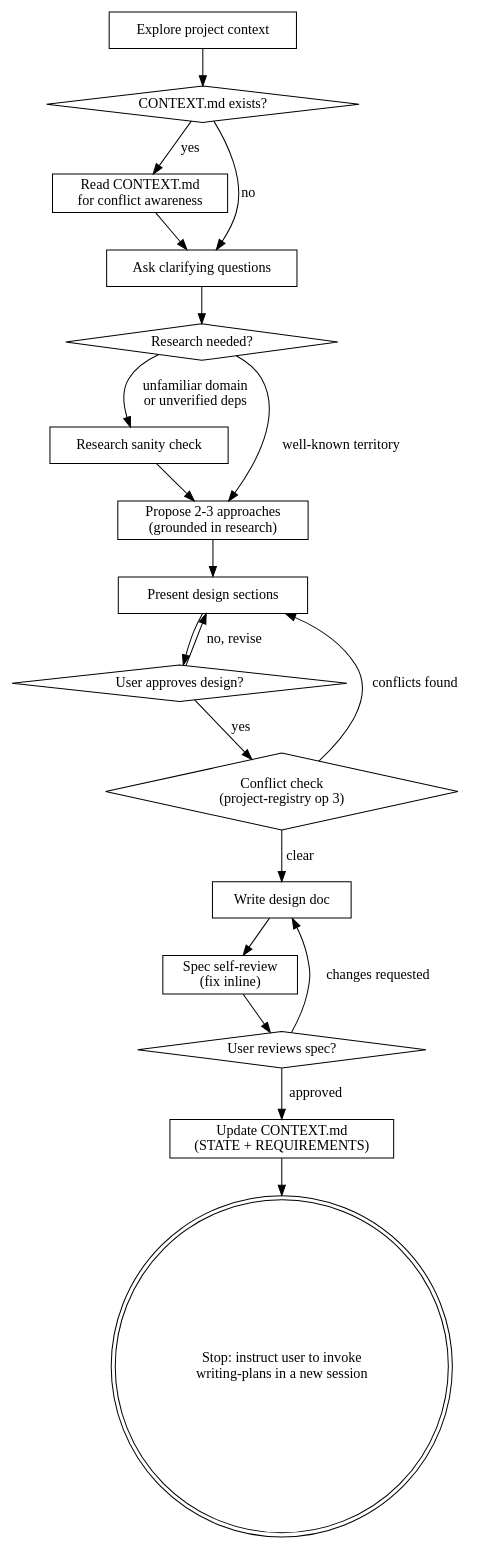
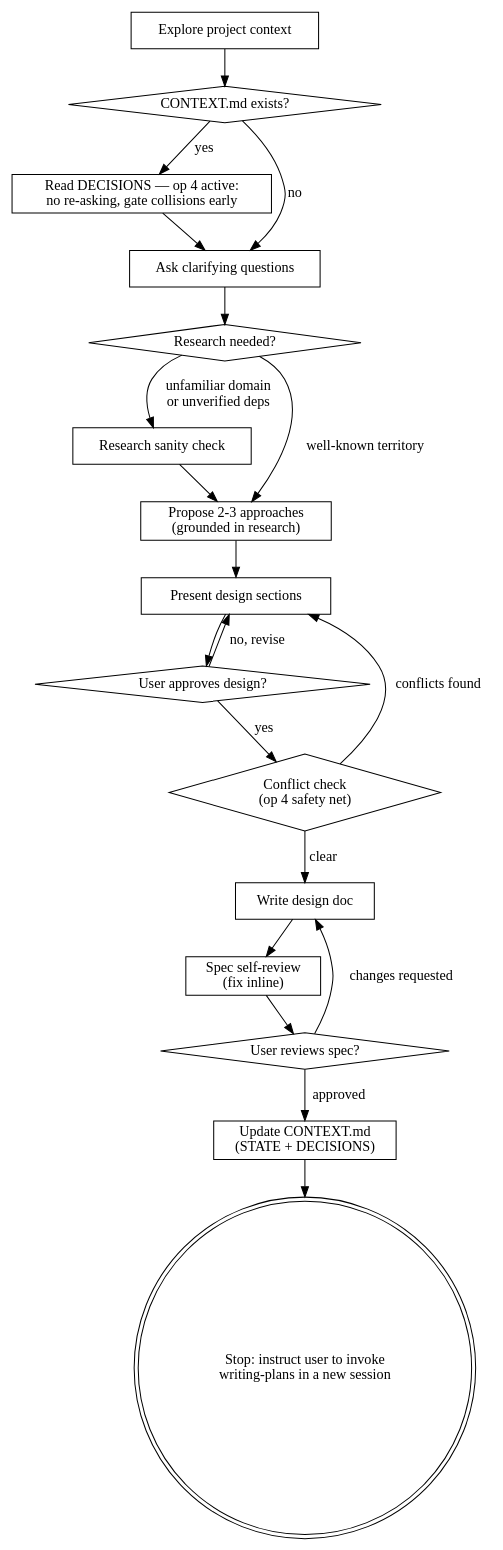
Before and after one commit to jacek2v/superpowers-j2v: the diagram in skills/brainstorming/SKILL.md, drawn with Graphviz. The commit also changed other lines of this file, not shown here.

Commit message:
docs(brainstorming): active decision check at start, gate collisions before proposing

````diff
--- a/skills/brainstorming/SKILL.md
+++ b/skills/brainstorming/SKILL.md
@@ -56,39 +56,39 @@
 ```dot
 digraph brainstorming {
     "Explore project context" [shape=box];
     "CONTEXT.md exists?" [shape=diamond];
-    "Read CONTEXT.md\nfor conflict awareness" [shape=box];
+    "Read DECISIONS — op 4 active:\nno re-asking, gate collisions early" [shape=box];
     "Ask clarifying questions" [shape=box];
     "Research needed?" [shape=diamond];
     "Research sanity check" [shape=box];
     "Propose 2-3 approaches\n(grounded in research)" [shape=box];
     "Present design sections" [shape=box];
     "User approves design?" [shape=diamond];
     "Write design doc" [shape=box];
     "Spec self-review\n(fix inline)" [shape=box];
     "User reviews spec?" [shape=diamond];
-    "Update CONTEXT.md\n(STATE + REQUIREMENTS)" [shape=box];
+    "Update CONTEXT.md\n(STATE + DECISIONS)" [shape=box];
     "Stop: instruct user to invoke\nwriting-plans in a new session" [shape=doublecircle];
 
     "Explore project context" -> "CONTEXT.md exists?";
-    "CONTEXT.md exists?" -> "Read CONTEXT.md\nfor conflict awareness" [label="yes"];
+    "CONTEXT.md exists?" -> "Read DECISIONS — op 4 active:\nno re-asking, gate collisions early" [label="yes"];
     "CONTEXT.md exists?" -> "Ask clarifying questions" [label="no"];
-    "Read CONTEXT.md\nfor conflict awareness" -> "Ask clarifying questions";
+    "Read DECISIONS — op 4 active:\nno re-asking, gate collisions early" -> "Ask clarifying questions";
     "Ask clarifying questions" -> "Research needed?";
     "Research needed?" -> "Research sanity check" [label="unfamiliar domain\nor unverified deps"];
     "Research needed?" -> "Propose 2-3 approaches\n(grounded in research)" [label="well-known territory"];
     "Research sanity check" -> "Propose 2-3 approaches\n(grounded in research)";
     "Propose 2-3 approaches\n(grounded in research)" -> "Present design sections";
     "Present design sections" -> "User approves design?";
     "User approves design?" -> "Present design sections" [label="no, revise"];
-    "User approves design?" -> "Conflict check\n(project-registry op 3)" [label="yes"];
-    "Conflict check\n(project-registry op 3)" [shape=diamond];
-    "Conflict check\n(project-registry op 3)" -> "Present design sections" [label="conflicts found"];
-    "Conflict check\n(project-registry op 3)" -> "Write design doc" [label="clear"];
+    "User approves design?" -> "Conflict check\n(op 4 safety net)" [label="yes"];
+    "Conflict check\n(op 4 safety net)" [shape=diamond];
+    "Conflict check\n(op 4 safety net)" -> "Present design sections" [label="conflicts found"];
+    "Conflict check\n(op 4 safety net)" -> "Write design doc" [label="clear"];
     "Write design doc" -> "Spec self-review\n(fix inline)";
     "Spec self-review\n(fix inline)" -> "User reviews spec?";
     "User reviews spec?" -> "Write design doc" [label="changes requested"];
-    "User reviews spec?" -> "Update CONTEXT.md\n(STATE + REQUIREMENTS)" [label="approved"];
-    "Update CONTEXT.md\n(STATE + REQUIREMENTS)" -> "Stop: instruct user to invoke\nwriting-plans in a new session";
+    "User reviews spec?" -> "Update CONTEXT.md\n(STATE + DECISIONS)" [label="approved"];
+    "Update CONTEXT.md\n(STATE + DECISIONS)" -> "Stop: instruct user to invoke\nwriting-plans in a new session";
 }
 ```
````
